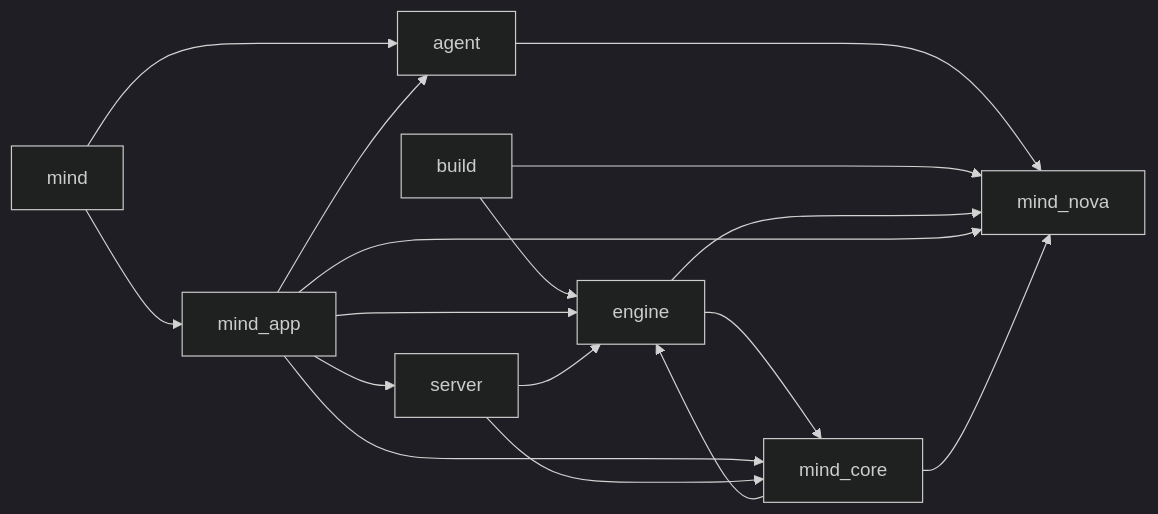
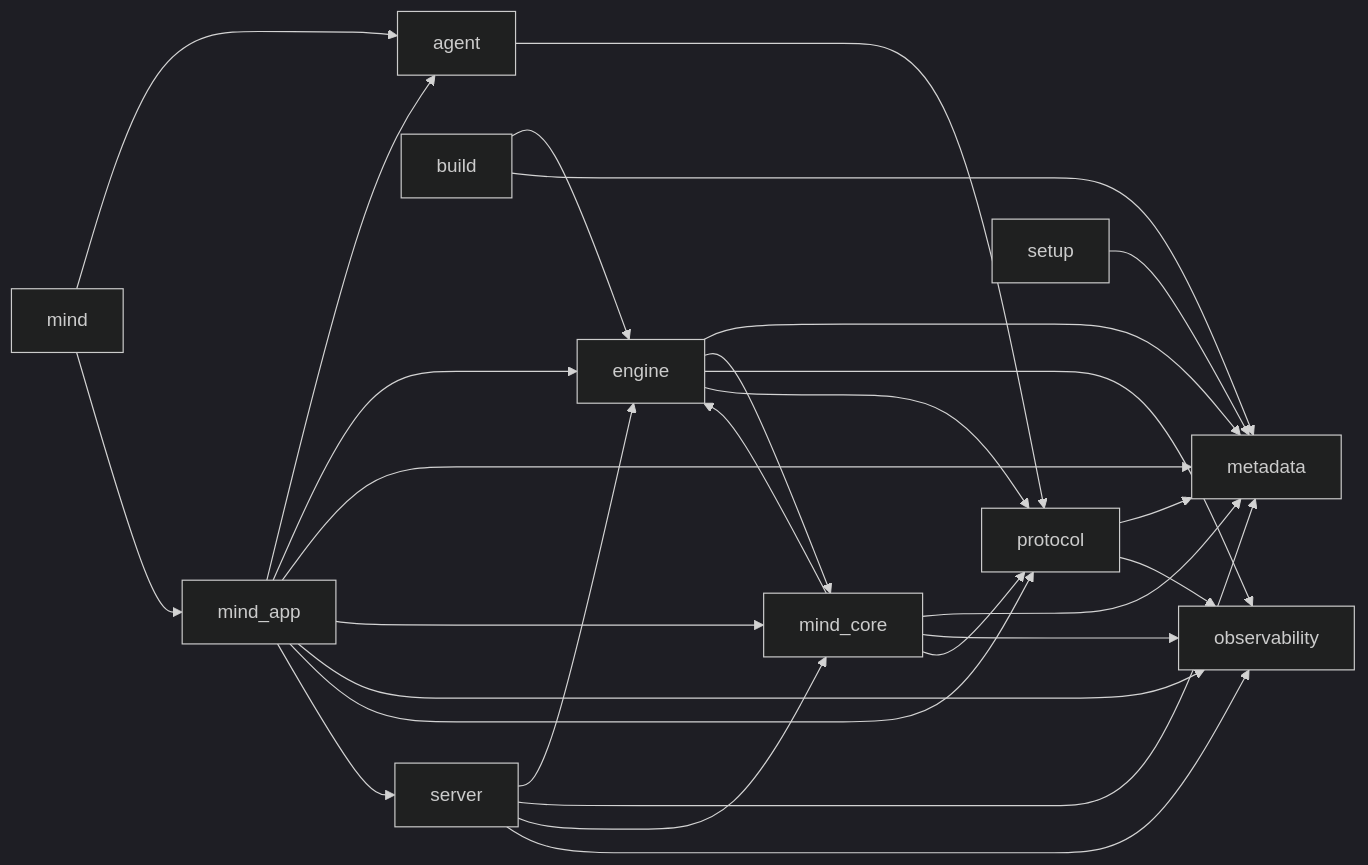
One commit to AxionixLabs/ProxyMind changed the diagram in AGENT_RUNTIME_IMPORT_GRAPH.md. Above: the diagram before and after it, drawn with Mermaid (dark theme). The commit also changed other lines of this file and 213 other files, not shown here.

````diff
--- a/AGENT_RUNTIME_IMPORT_GRAPH.md
+++ b/AGENT_RUNTIME_IMPORT_GRAPH.md
@@ -15,19 +15,30 @@
 ```mermaid
 flowchart LR
-    agent --> mind_nova
+    agent --> protocol
     build --> engine
-    build --> mind_nova
+    build --> metadata
+    engine --> metadata
     engine --> mind_core
-    engine --> mind_nova
+    engine --> observability
+    engine --> protocol
     mind --> agent
     mind --> mind_app
     mind_app --> agent
     mind_app --> engine
+    mind_app --> metadata
     mind_app --> mind_core
-    mind_app --> mind_nova
+    mind_app --> observability
+    mind_app --> protocol
     mind_app --> server
     mind_core --> engine
-    mind_core --> mind_nova
+    mind_core --> metadata
+    mind_core --> observability
+    mind_core --> protocol
+    protocol --> metadata
+    protocol --> observability
     server --> engine
+    server --> metadata
     server --> mind_core
+    server --> observability
+    setup --> metadata
 ```
````
